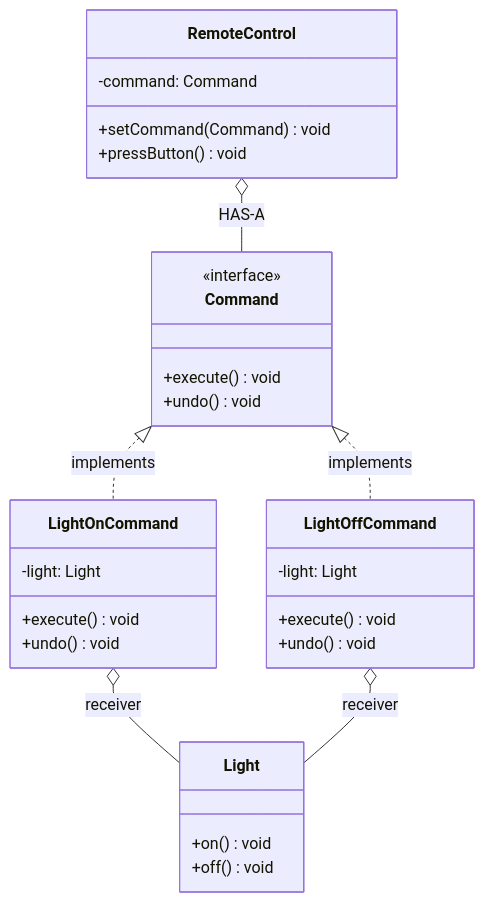
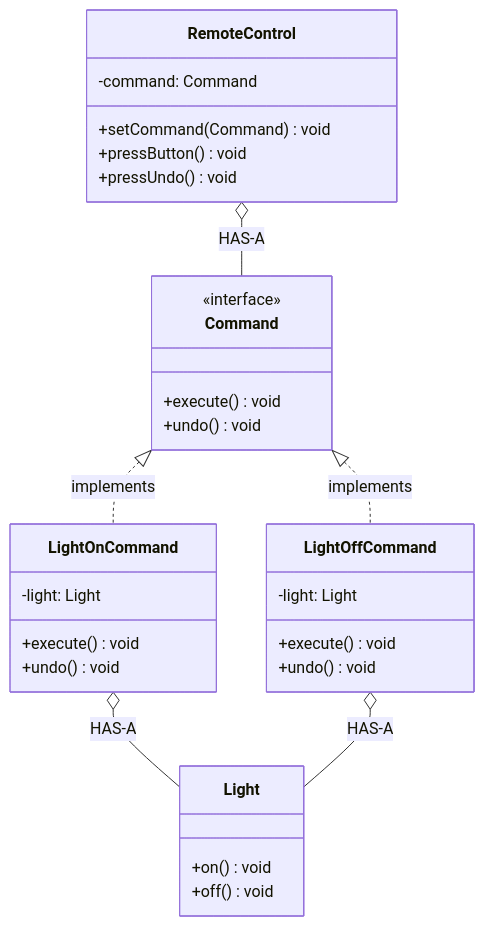
One commit to shubhamc521/Evolve-LLD-EV9 changed the diagram in DesignPatterns/Behavioral/05_command.md. Above: the diagram before and after it, drawn with Mermaid. The commit also changed other lines of this file and 9 other files, not shown here.

````diff
--- a/DesignPatterns/Behavioral/05_command.md
+++ b/DesignPatterns/Behavioral/05_command.md
@@ -40,34 +12,35 @@
 ```mermaid
 classDiagram
     class Command {
         <<interface>>
         +execute() void
         +undo() void
     }
     
     class LightOnCommand {
         -light: Light
         +execute() void
         +undo() void
     }
     class LightOffCommand {
         -light: Light
         +execute() void
         +undo() void
     }
     class Light {
         +on() void
         +off() void
     }
     class RemoteControl {
         -command: Command
         +setCommand(Command) void
         +pressButton() void
+        +pressUndo() void
     }
     
     Command <|.. LightOnCommand : implements
     Command <|.. LightOffCommand : implements
-    LightOnCommand o-- Light : receiver
-    LightOffCommand o-- Light : receiver
+    LightOnCommand o-- Light : HAS-A
+    LightOffCommand o-- Light : HAS-A
     RemoteControl o-- Command : HAS-A
 ```
````
